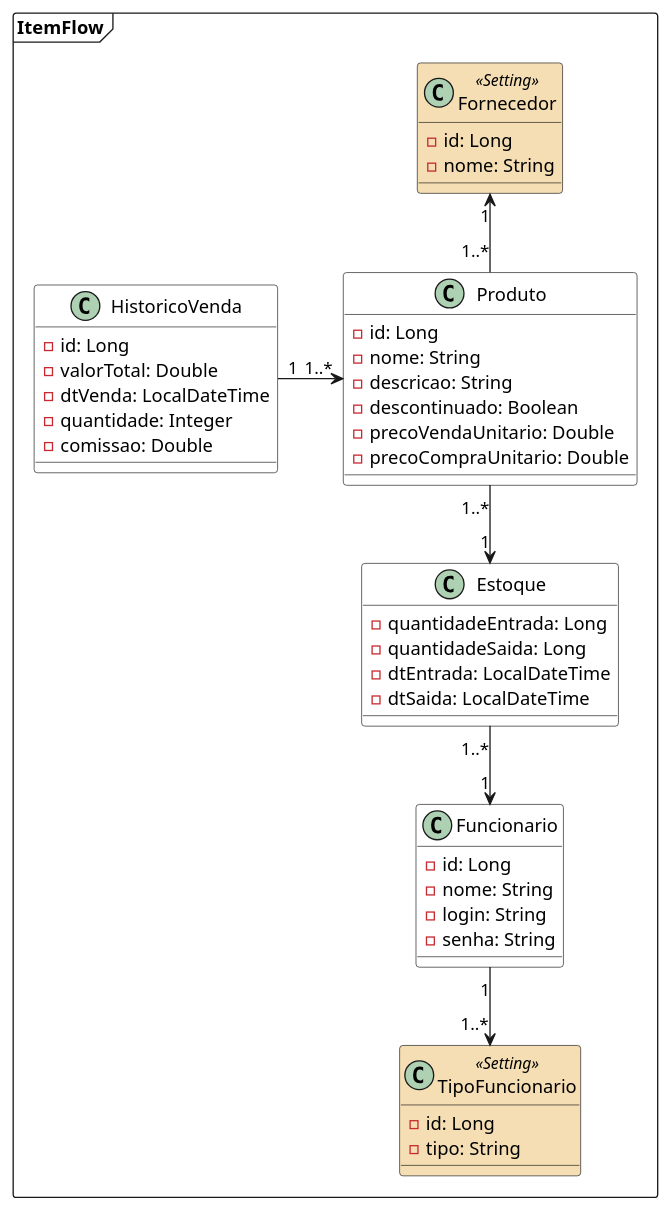
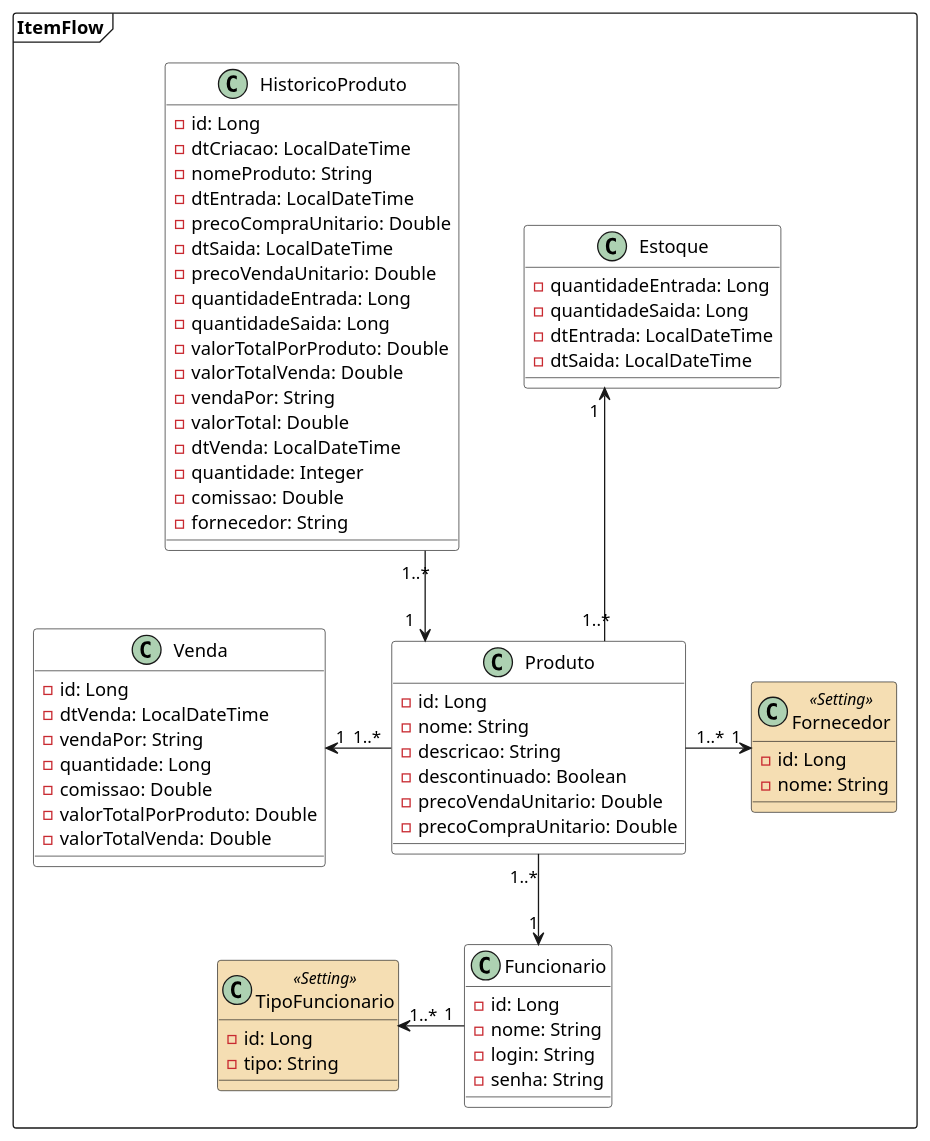
The diagram in target/classes/diagramas/class-diagram.puml (lauralves/sistema-stox-spring-boot-angular), drawn with PlantUML before and after one commit. The commit also changed 2 other files, not shown here.

Commit message:
refactor: atualizando entidade HistoricoVenda para HistoricoProduto

```diff
--- a/target/classes/diagramas/class-diagram.puml
+++ b/target/classes/diagramas/class-diagram.puml
@@ -1,62 +1,85 @@
 @startuml
 'https://plantuml.com/class-diagram
 
 skinparam defaultFontName Droid Sans
 skinparam linetype ortho
 skinparam nodesep 50
 skinparam class {
     BackgroundColor White
     BackgroundColor<<Setting>> Wheat
 }
 
 set separator none
 package ItemFlow <<Frame>>{
     class Produto {
         - id: Long
         - nome: String
         - descricao: String
         - descontinuado: Boolean
         - precoVendaUnitario: Double
         - precoCompraUnitario: Double
+
     }
 
     class Estoque {
          - quantidadeEntrada: Long
          - quantidadeSaida: Long
          - dtEntrada: LocalDateTime
          - dtSaida: LocalDateTime
     }
 
     class Funcionario {
         - id: Long
         - nome: String
         - login: String
         - senha: String
     }
+    class Venda{
+        - id: Long
+        - dtVenda: LocalDateTime
+        - vendaPor: String
+        - quantidade: Long
+        - comissao: Double
+        - valorTotalPorProduto: Double
+        - valorTotalVenda: Double
+    }
 
-    class HistoricoVenda {
+    class HistoricoProduto {
         - id: Long
+        - dtCriacao: LocalDateTime
+        - nomeProduto: String
+        - dtEntrada: LocalDateTime
+        - precoCompraUnitario: Double
+        - dtSaida: LocalDateTime
+        - precoVendaUnitario: Double
+        - quantidadeEntrada: Long
+        - quantidadeSaida: Long
+        - valorTotalPorProduto: Double
+        - valorTotalVenda: Double
+        - vendaPor: String
         - valorTotal: Double
         - dtVenda: LocalDateTime
         - quantidade: Integer
         - comissao: Double
+        - fornecedor: String
 
     }
     class Fornecedor <<Setting>>{
         - id: Long
         - nome: String
     }
     class TipoFuncionario <<Setting>> {
         - id: Long
         - tipo: String
     }
 
 
-Estoque "1..*" --> "1" Funcionario
-Fornecedor "1" <-- "1..*" Produto
-Funcionario "1" --> "1..*" TipoFuncionario
-HistoricoVenda "1" -> "1..*" "Produto"
-Produto "1..*" --> "1" Estoque
+Produto "1..*" --> "1" Funcionario
+Fornecedor "1" <-l- "1..*" Produto
+Funcionario "1" -l-> "1..*" TipoFuncionario
+HistoricoProduto "1..*" --> "1" "Produto"
+Produto "1..*" --u> "1" Estoque
+Venda "1" <-r- "1..*"Produto
 }
 
 @enduml
```
